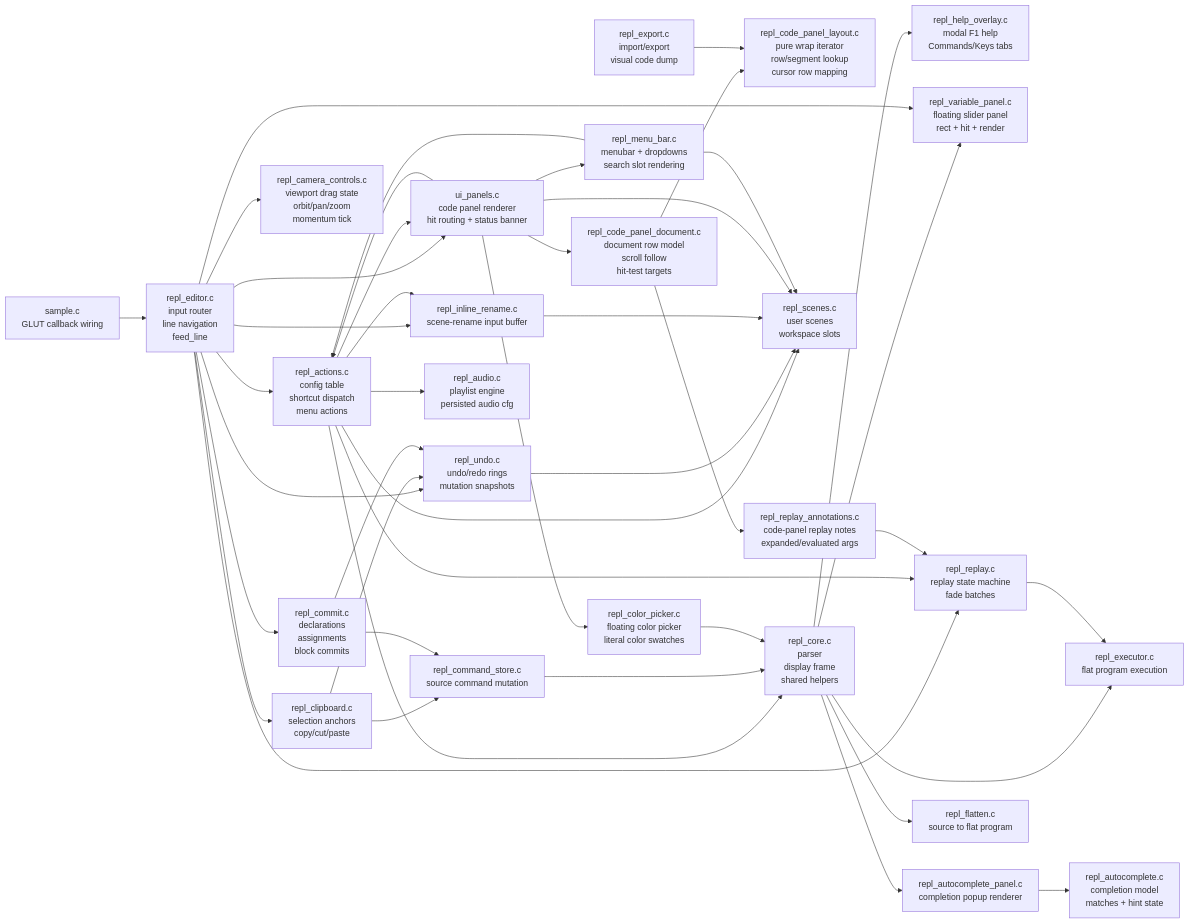
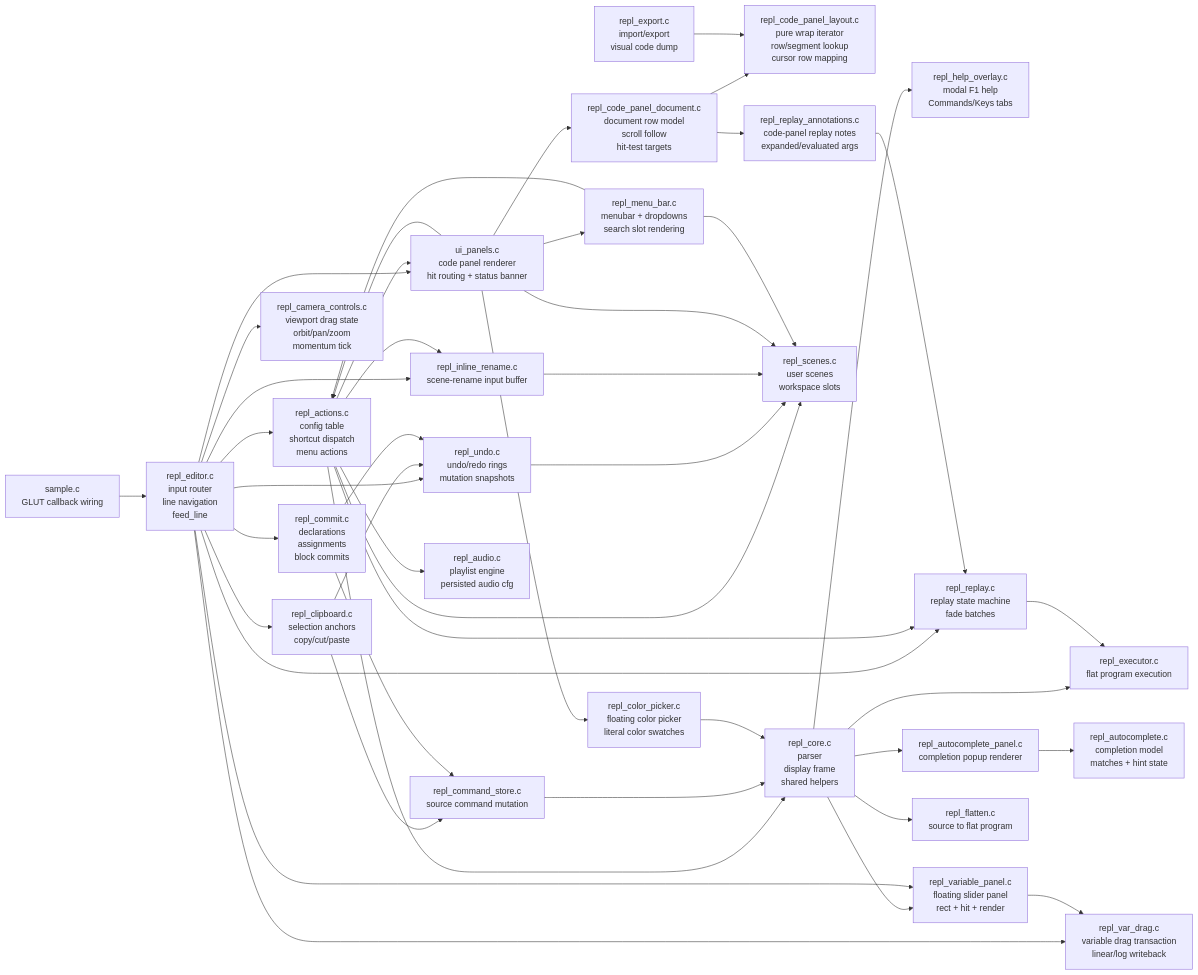
The diagram in REPL_REFACTOR_MAP.md (drewwoods/gl-repl), drawn with Mermaid before and after one commit. The commit also changed other lines of this file and 9 other files, not shown here.

````diff
--- a/REPL_REFACTOR_MAP.md
+++ b/REPL_REFACTOR_MAP.md
@@ -7,77 +7,80 @@
 ```mermaid
 flowchart LR
     sample["sample.c<br/>GLUT callback wiring"]
     editor["repl_editor.c<br/>input router<br/>line navigation<br/>feed_line"]
 
     actions["repl_actions.c<br/>config table<br/>shortcut dispatch<br/>menu actions"]
     camera["repl_camera_controls.c<br/>viewport drag state<br/>orbit/pan/zoom<br/>momentum tick"]
     undo["repl_undo.c<br/>undo/redo rings<br/>mutation snapshots"]
     clipboard["repl_clipboard.c<br/>selection anchors<br/>copy/cut/paste"]
     commit["repl_commit.c<br/>declarations<br/>assignments<br/>block commits"]
     store["repl_command_store.c<br/>source command mutation"]
 
     ui["ui_panels.c<br/>code panel renderer<br/>hit routing + status banner"]
     layout["repl_code_panel_layout.c<br/>pure wrap iterator<br/>row/segment lookup<br/>cursor row mapping"]
     docrows["repl_code_panel_document.c<br/>document row model<br/>scroll follow<br/>hit-test targets"]
     menu["repl_menu_bar.c<br/>menubar + dropdowns<br/>search slot rendering"]
     color["repl_color_picker.c<br/>floating color picker<br/>literal color swatches"]
     help["repl_help_overlay.c<br/>modal F1 help<br/>Commands/Keys tabs"]
     varpanel["repl_variable_panel.c<br/>floating slider panel<br/>rect + hit + render"]
     acmodel["repl_autocomplete.c<br/>completion model<br/>matches + hint state"]
     acpanel["repl_autocomplete_panel.c<br/>completion popup renderer"]
     rename["repl_inline_rename.c<br/>scene-rename input buffer"]
+    vardrag["repl_var_drag.c<br/>variable drag transaction<br/>linear/log writeback"]
     replay_ann["repl_replay_annotations.c<br/>code-panel replay notes<br/>expanded/evaluated args"]
     export["repl_export.c<br/>import/export<br/>visual code dump"]
     audio["repl_audio.c<br/>playlist engine<br/>persisted audio cfg"]
     replay["repl_replay.c<br/>replay state machine<br/>fade batches"]
     scenes["repl_scenes.c<br/>user scenes<br/>workspace slots"]
     core["repl_core.c<br/>parser<br/>display frame<br/>shared helpers"]
     flatten["repl_flatten.c<br/>source to flat program"]
     exec["repl_executor.c<br/>flat program execution"]
 
     sample --> editor
     editor --> actions
     editor --> camera
     editor --> undo
     editor --> clipboard
     editor --> commit
     editor --> ui
     editor --> replay
 
     actions --> ui
     actions --> audio
     actions --> replay
     actions --> scenes
     actions --> core
 
     clipboard --> undo
     clipboard --> store
     commit --> undo
     commit --> store
     undo --> scenes
     store --> core
 
     core --> flatten
     core --> exec
     core --> help
     core --> varpanel
     core --> acpanel
     editor --> varpanel
     editor --> rename
+    editor --> vardrag
     actions --> rename
     acpanel --> acmodel
     rename --> scenes
+    varpanel --> vardrag
     replay --> exec
     ui --> actions
     ui --> scenes
     ui --> docrows
     ui --> menu
     ui --> color
     docrows --> layout
     docrows --> replay_ann
     replay_ann --> replay
     menu --> actions
     menu --> scenes
     color --> core
     export --> layout
 ```
````
